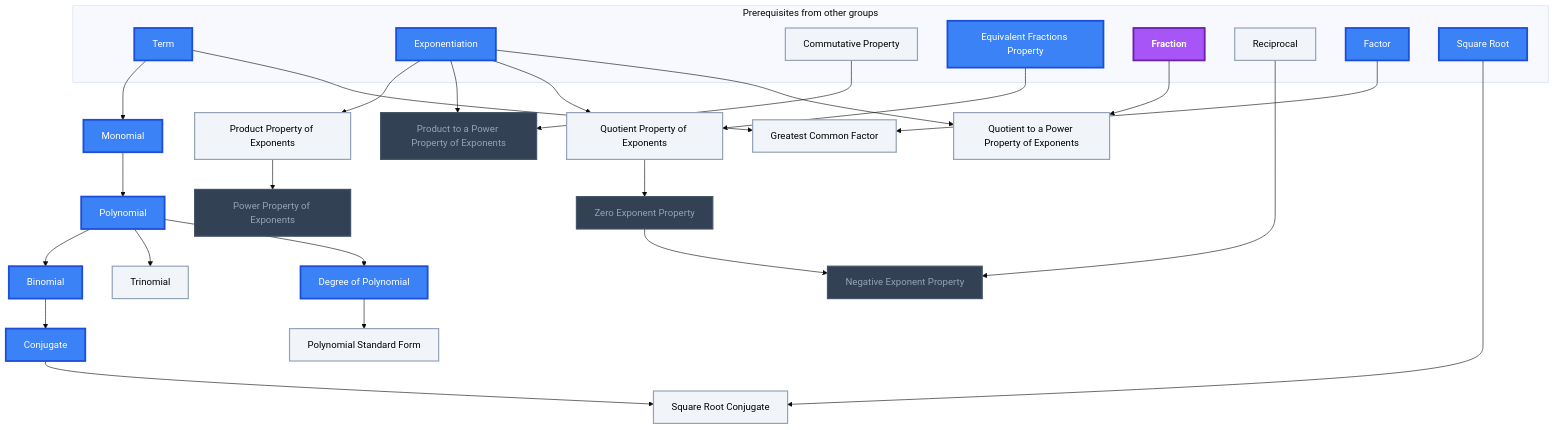
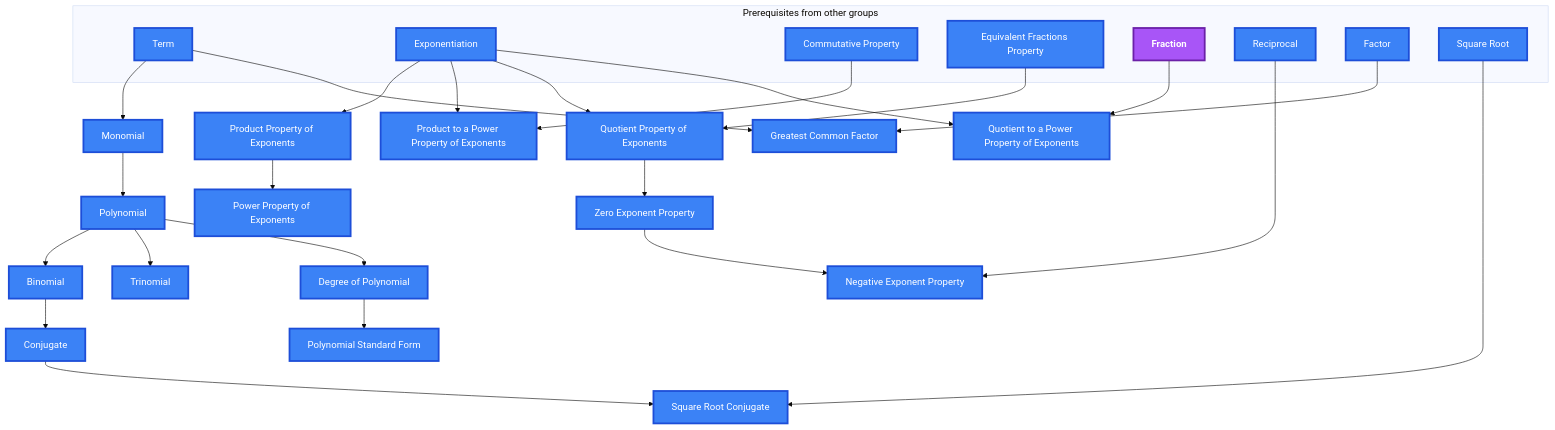
The ninth of 10 diagrams in Gamification/Skill Trees/Pre-Algebra.md (MRauf1/My-Notes), drawn with Mermaid (base theme) before and after one commit. The commit also changed other lines of this file and 145 other files, not shown here.

````diff
--- a/Gamification/Skill Trees/Pre-Algebra.md
+++ b/Gamification/Skill Trees/Pre-Algebra.md
@@ -493,65 +478,63 @@
 ```mermaid
 flowchart TD
     classDef planned fill:#1E293B,stroke:#64748B,stroke-width:2px,stroke-dasharray:5 5,color:#94A3B8;
     classDef locked fill:#334155,stroke:#475569,stroke-width:2px,color:#94A3B8;
     classDef L0 fill:#F1F5F9,stroke:#94A3B8,stroke-width:2px,color:#000000;
     classDef L1 fill:#22C55E,stroke:#15803D,stroke-width:2px,color:#000000;
     classDef L2 fill:#3B82F6,stroke:#1D4ED8,stroke-width:3px,color:#FFFFFF;
     classDef L3 fill:#A855F7,stroke:#6B21A8,stroke-width:3px,color:#FFFFFF,font-weight:bold;
     classDef L4 fill:#F97316,stroke:#C2410C,stroke-width:4px,color:#000000,font-weight:bold;
     classDef L5 fill:#FFD700,stroke:#FF8C00,stroke-width:5px,color:#000000,font-weight:bold;
     classDef rusty stroke:#8B4513,stroke-width:4px,stroke-dasharray:3 3;
     subgraph sg_prereqs["Prerequisites from other groups"]
         n_term["Term"]
         n_exponentiation["Exponentiation"]
         n_commutative_property["Commutative Property"]
         n_equivalent_fractions_property["Equivalent Fractions Property"]
         n_fraction["Fraction"]
         n_reciprocal["Reciprocal"]
         n_factor["Factor"]
         n_square_root["Square Root"]
     end
     n_monomial["Monomial"]
     n_polynomial["Polynomial"]
     n_binomial["Binomial"]
     n_trinomial["Trinomial"]
     n_degree_of_polynomial["Degree of Polynomial"]
     n_polynomial_standard_form["Polynomial Standard Form"]
     n_product_property_of_exponents["Product Property of Exponents"]
     n_power_property_of_exponents["Power Property of Exponents"]
     n_product_to_a_power_property_of_exponents["Product to a Power Property of Exponents"]
     n_quotient_property_of_exponents["Quotient Property of Exponents"]
     n_zero_exponent_property["Zero Exponent Property"]
     n_quotient_to_a_power_property_of_exponents["Quotient to a Power Property of Exponents"]
     n_negative_exponent_property["Negative Exponent Property"]
     n_greatest_common_factor["Greatest Common Factor"]
     n_conjugate["Conjugate"]
     n_square_root_conjugate["Square Root Conjugate"]
     n_term --> n_monomial
     n_monomial --> n_polynomial
     n_polynomial --> n_binomial
     n_polynomial --> n_trinomial
     n_polynomial --> n_degree_of_polynomial
     n_degree_of_polynomial --> n_polynomial_standard_form
     n_exponentiation --> n_product_property_of_exponents
     n_product_property_of_exponents --> n_power_property_of_exponents
     n_commutative_property --> n_product_to_a_power_property_of_exponents
     n_exponentiation --> n_product_to_a_power_property_of_exponents
     n_exponentiation --> n_quotient_property_of_exponents
     n_equivalent_fractions_property --> n_quotient_property_of_exponents
     n_quotient_property_of_exponents --> n_zero_exponent_property
     n_exponentiation --> n_quotient_to_a_power_property_of_exponents
     n_fraction --> n_quotient_to_a_power_property_of_exponents
     n_reciprocal --> n_negative_exponent_property
     n_zero_exponent_property --> n_negative_exponent_property
     n_term --> n_greatest_common_factor
     n_factor --> n_greatest_common_factor
     n_binomial --> n_conjugate
     n_square_root --> n_square_root_conjugate
     n_conjugate --> n_square_root_conjugate
-    class n_power_property_of_exponents,n_product_to_a_power_property_of_exponents,n_zero_exponent_property,n_negative_exponent_property locked;
-    class n_commutative_property,n_reciprocal,n_trinomial,n_polynomial_standard_form,n_product_property_of_exponents,n_quotient_property_of_exponents,n_quotient_to_a_power_property_of_exponents,n_greatest_common_factor,n_square_root_conjugate L0;
-    class n_term,n_exponentiation,n_equivalent_fractions_property,n_factor,n_square_root,n_monomial,n_polynomial,n_binomial,n_degree_of_polynomial,n_conjugate L2;
+    class n_term,n_exponentiation,n_commutative_property,n_equivalent_fractions_property,n_reciprocal,n_factor,n_square_root,n_monomial,n_polynomial,n_binomial,n_trinomial,n_degree_of_polynomial,n_polynomial_standard_form,n_product_property_of_exponents,n_power_property_of_exponents,n_product_to_a_power_property_of_exponents,n_quotient_property_of_exponents,n_zero_exponent_property,n_quotient_to_a_power_property_of_exponents,n_negative_exponent_property,n_greatest_common_factor,n_conjugate,n_square_root_conjugate L2;
     class n_fraction L3;
     class n_term,n_exponentiation,n_commutative_property,n_equivalent_fractions_property,n_fraction,n_reciprocal,n_factor,n_square_root,n_monomial,n_polynomial,n_binomial,n_trinomial,n_degree_of_polynomial,n_polynomial_standard_form,n_product_property_of_exponents,n_power_property_of_exponents,n_product_to_a_power_property_of_exponents,n_quotient_property_of_exponents,n_zero_exponent_property,n_quotient_to_a_power_property_of_exponents,n_negative_exponent_property,n_greatest_common_factor,n_conjugate,n_square_root_conjugate internal-link;
 ```
````
